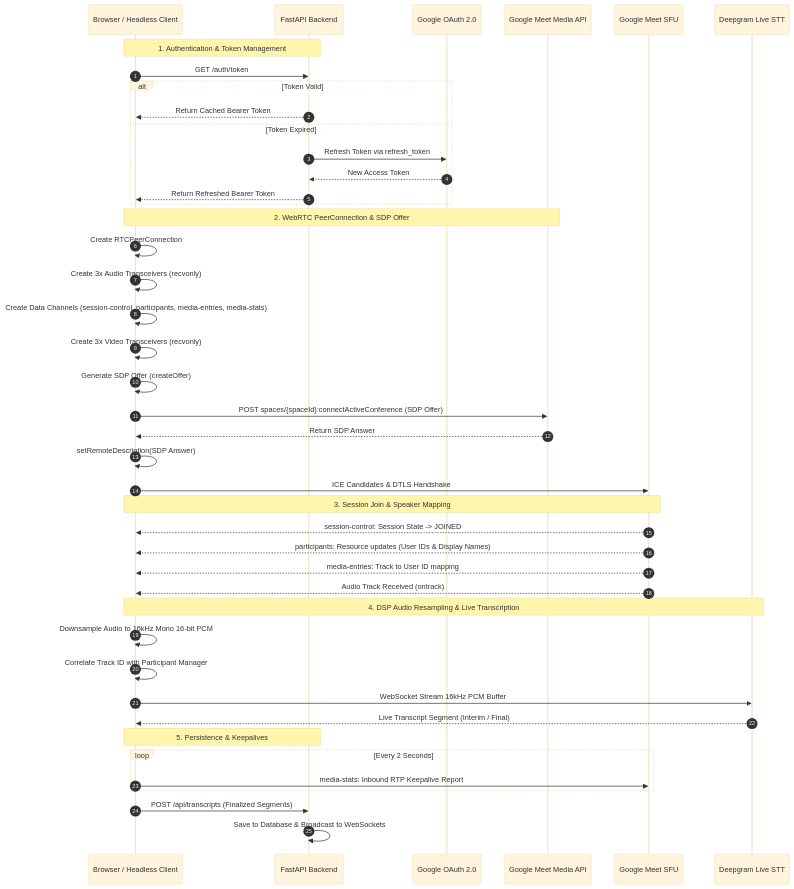
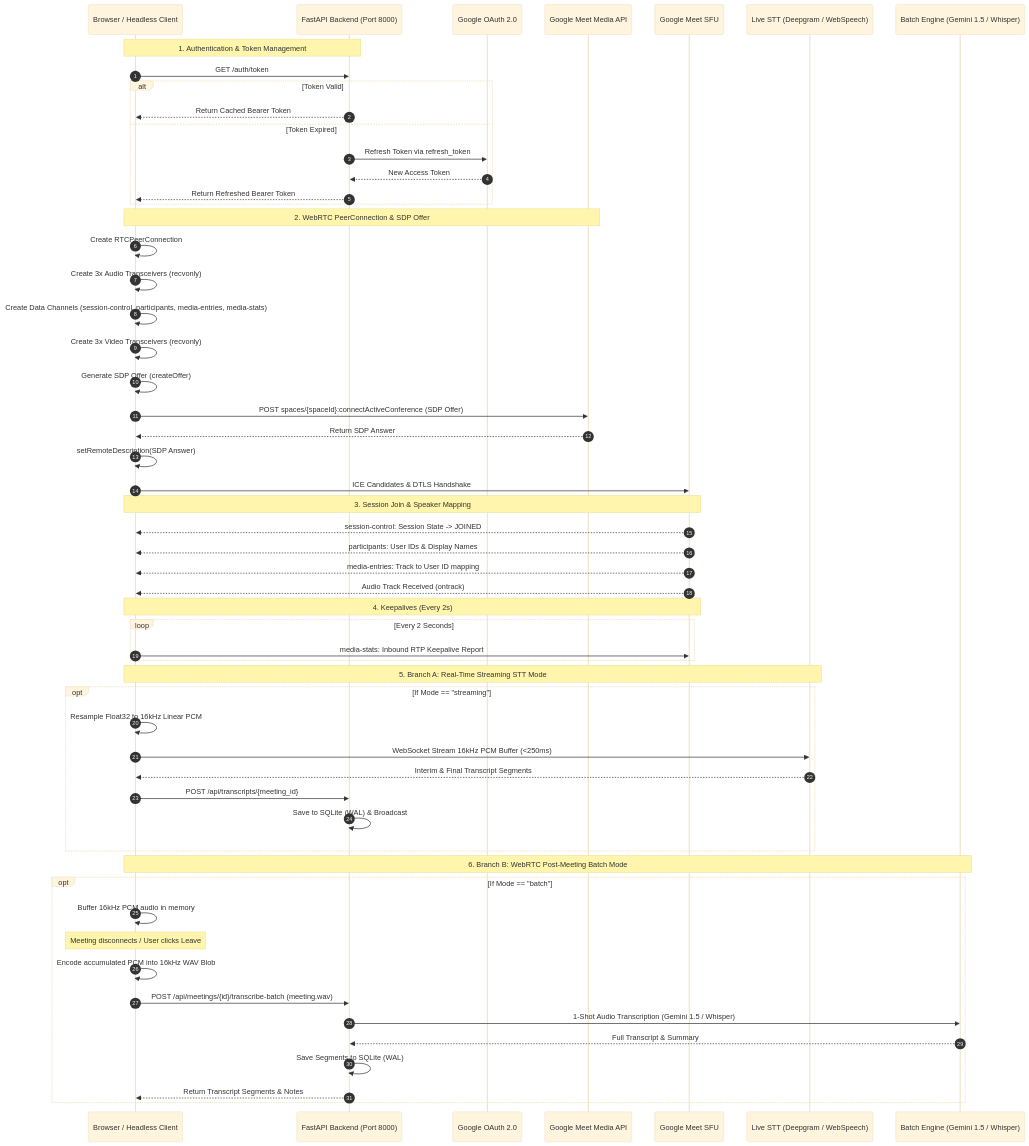
Before and after one commit to sahilneekhra/my-gmeet-bot: the second of 3 diagrams in docs/architecture.md, drawn with Mermaid (base theme). The commit also changed other lines of this file and 3 other files, not shown here.

Commit message:
docs: update architecture diagrams, strategy guide, and README for dual-mode transcription

````diff
--- a/docs/architecture.md
+++ b/docs/architecture.md
@@ -85,51 +86,65 @@
 ```mermaid
 sequenceDiagram
     autonumber
     participant UI as Browser / Headless Client
-    participant Backend as FastAPI Backend
+    participant Backend as FastAPI Backend (Port 8000)
     participant GoogleAuth as Google OAuth 2.0
     participant MeetAPI as Google Meet Media API
     participant MeetSFU as Google Meet SFU
-    participant STT as Deepgram Live STT
+    participant STT_Live as Live STT (Deepgram / WebSpeech)
+    participant STT_Batch as Batch Engine (Gemini 1.5 / Whisper)
 
     Note over UI,Backend: 1. Authentication & Token Management
     UI->>Backend: GET /auth/token
     alt Token Valid
         Backend-->>UI: Return Cached Bearer Token
     else Token Expired
         Backend->>GoogleAuth: Refresh Token via refresh_token
         GoogleAuth-->>Backend: New Access Token
         Backend-->>UI: Return Refreshed Bearer Token
     end
 
     Note over UI,MeetAPI: 2. WebRTC PeerConnection & SDP Offer
     UI->>UI: Create RTCPeerConnection
     UI->>UI: Create 3x Audio Transceivers (recvonly)
     UI->>UI: Create Data Channels (session-control, participants, media-entries, media-stats)
     UI->>UI: Create 3x Video Transceivers (recvonly)
     UI->>UI: Generate SDP Offer (createOffer)
     UI->>MeetAPI: POST spaces/{spaceId}:connectActiveConference (SDP Offer)
     MeetAPI-->>UI: Return SDP Answer
 
     UI->>UI: setRemoteDescription(SDP Answer)
     UI->>MeetSFU: ICE Candidates & DTLS Handshake
 
     Note over UI,MeetSFU: 3. Session Join & Speaker Mapping
     MeetSFU-->>UI: session-control: Session State -> JOINED
-    MeetSFU-->>UI: participants: Resource updates (User IDs & Display Names)
+    MeetSFU-->>UI: participants: User IDs & Display Names
     MeetSFU-->>UI: media-entries: Track to User ID mapping
     MeetSFU-->>UI: Audio Track Received (ontrack)
 
-    Note over UI,STT: 4. DSP Audio Resampling & Live Transcription
-    UI->>UI: Downsample Audio to 16kHz Mono 16-bit PCM
-    UI->>UI: Correlate Track ID with Participant Manager
-    UI->>STT: WebSocket Stream 16kHz PCM Buffer
-    STT-->>UI: Live Transcript Segment (Interim / Final)
-
-    Note over UI,Backend: 5. Persistence & Keepalives
+    Note over UI,MeetSFU: 4. Keepalives (Every 2s)
     loop Every 2 Seconds
         UI->>MeetSFU: media-stats: Inbound RTP Keepalive Report
     end
-    UI->>Backend: POST /api/transcripts (Finalized Segments)
-    Backend->>Backend: Save to Database & Broadcast to WebSockets
+
+    Note over UI,STT_Live: 5. Branch A: Real-Time Streaming STT Mode
+    opt If Mode == "streaming"
+        UI->>UI: Resample Float32 to 16kHz Linear PCM
+        UI->>STT_Live: WebSocket Stream 16kHz PCM Buffer (<250ms)
+        STT_Live-->>UI: Interim & Final Transcript Segments
+        UI->>Backend: POST /api/transcripts/{meeting_id}
+        Backend->>Backend: Save to SQLite (WAL) & Broadcast
+    end
+
+    Note over UI,STT_Batch: 6. Branch B: WebRTC Post-Meeting Batch Mode
+    opt If Mode == "batch"
+        UI->>UI: Buffer 16kHz PCM audio in memory
+        Note over UI: Meeting disconnects / User clicks Leave
+        UI->>UI: Encode accumulated PCM into 16kHz WAV Blob
+        UI->>Backend: POST /api/meetings/{id}/transcribe-batch (meeting.wav)
+        Backend->>STT_Batch: 1-Shot Audio Transcription (Gemini 1.5 / Whisper)
+        STT_Batch-->>Backend: Full Transcript & Summary
+        Backend->>Backend: Save Segments to SQLite (WAL)
+        Backend-->>UI: Return Transcript Segments & Notes
+    end
 ```
````
